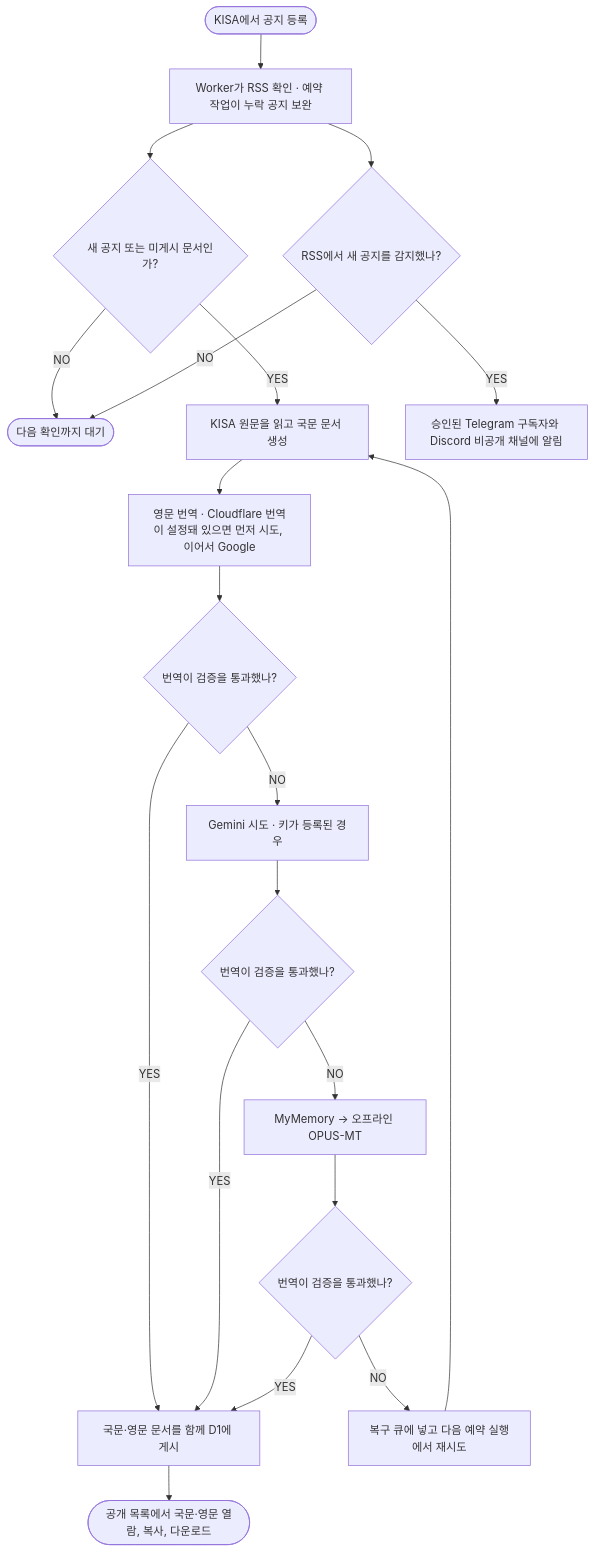
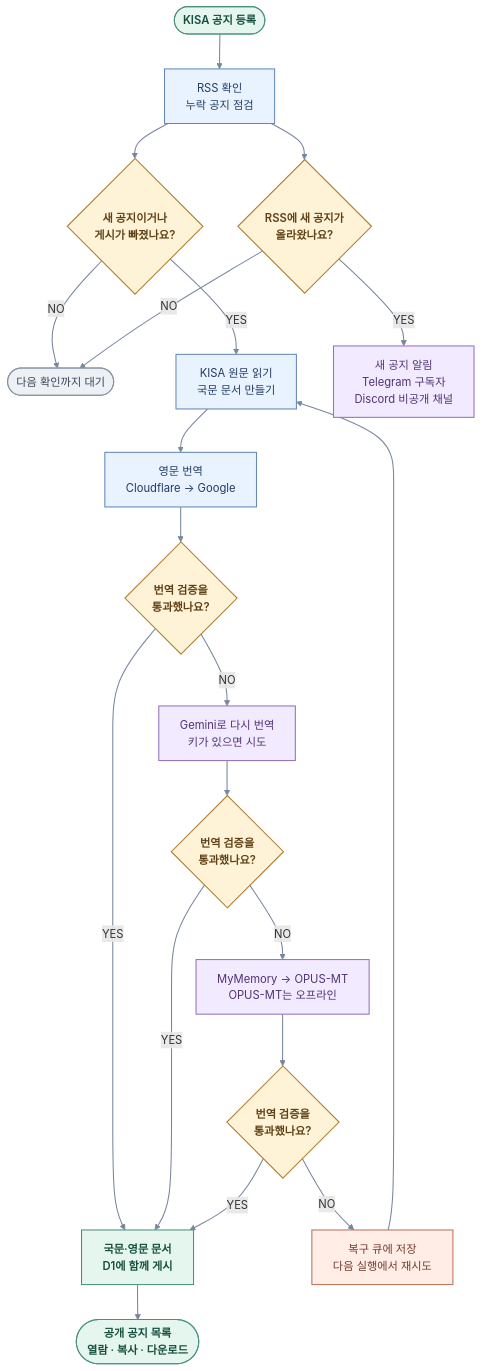
The diagram in README.md (doraemyon/KISA-Public-Bohonara-Support), drawn with Mermaid before and after one commit. The commit also changed other lines of this file, not shown here.

Commit message:
Polish notice flowchart and clarify Discord setup

````diff
--- a/README.md
+++ b/README.md
@@ -32,22 +32,36 @@
 ```mermaid
 flowchart TD
-    A(["KISA에서 공지 등록"]) --> B["Worker가 RSS 확인 · 예약 작업이 누락 공지 보완"]
-    B --> C{"새 공지 또는 미게시 문서인가?"}
+    A(["KISA 공지 등록"]) --> B["RSS 확인<br/>누락 공지 점검"]
+    B --> C{"새 공지이거나<br/>게시가 빠졌나요?"}
     C -->|NO| D(["다음 확인까지 대기"])
-    C -->|YES| E["KISA 원문을 읽고 국문 문서 생성"]
-    E --> F["영문 번역 · Cloudflare 번역이 설정돼 있으면 먼저 시도, 이어서 Google"]
-    F --> G{"번역이 검증을 통과했나?"}
-    G -->|YES| L["국문·영문 문서를 함께 D1에 게시"]
-    G -->|NO| H["Gemini 시도 · 키가 등록된 경우"]
-    H --> I{"번역이 검증을 통과했나?"}
+    C -->|YES| E["KISA 원문 읽기<br/>국문 문서 만들기"]
+    E --> F["영문 번역<br/>Cloudflare → Google"]
+    F --> G{"번역 검증을<br/>통과했나요?"}
+    G -->|YES| L["국문·영문 문서<br/>D1에 함께 게시"]
+    G -->|NO| H["Gemini로 다시 번역<br/>키가 있으면 시도"]
+    H --> I{"번역 검증을<br/>통과했나요?"}
     I -->|YES| L
-    I -->|NO| J["MyMemory → 오프라인 OPUS-MT"]
-    J --> K{"번역이 검증을 통과했나?"}
+    I -->|NO| J["MyMemory → OPUS-MT<br/>OPUS-MT는 오프라인"]
+    J --> K{"번역 검증을<br/>통과했나요?"}
     K -->|YES| L
-    K -->|NO| M["복구 큐에 넣고 다음 예약 실행에서 재시도"]
+    K -->|NO| M["복구 큐에 저장<br/>다음 실행에서 재시도"]
     M --> E
-    L --> N(["공개 목록에서 국문·영문 열람, 복사, 다운로드"])
-    B --> O{"RSS에서 새 공지를 감지했나?"}
-    O -->|YES| P["승인된 Telegram 구독자와 Discord 비공개 채널에 알림"]
+    L --> N(["공개 공지 목록<br/>열람 · 복사 · 다운로드"])
+    B --> O{"RSS에 새 공지가<br/>올라왔나요?"}
+    O -->|YES| P["새 공지 알림<br/>Telegram 구독자<br/>Discord 비공개 채널"]
     O -->|NO| D
+
+    classDef entry fill:#E5F6EF,stroke:#4B927C,color:#164F3E,stroke-width:1.5px,font-weight:600;
+    classDef step fill:#E9F2FF,stroke:#6588B8,color:#223C62,stroke-width:1.5px;
+    classDef choice fill:#FFF3D7,stroke:#AF7C2D,color:#604115,stroke-width:1.5px,font-weight:600;
+    classDef alternate fill:#F2EAFE,stroke:#9472C2,color:#513274,stroke-width:1.5px;
+    classDef retry fill:#FFEDE6,stroke:#B5755C,color:#713C2C,stroke-width:1.5px;
+    classDef idle fill:#EDF0F4,stroke:#8793A4,color:#3A475A,stroke-width:1.5px;
+    class A,L,N entry;
+    class B,E,F step;
+    class C,G,I,K,O choice;
+    class H,J,P alternate;
+    class M retry;
+    class D idle;
+    linkStyle default stroke:#78869C,stroke-width:1.5px;
 ```
````
